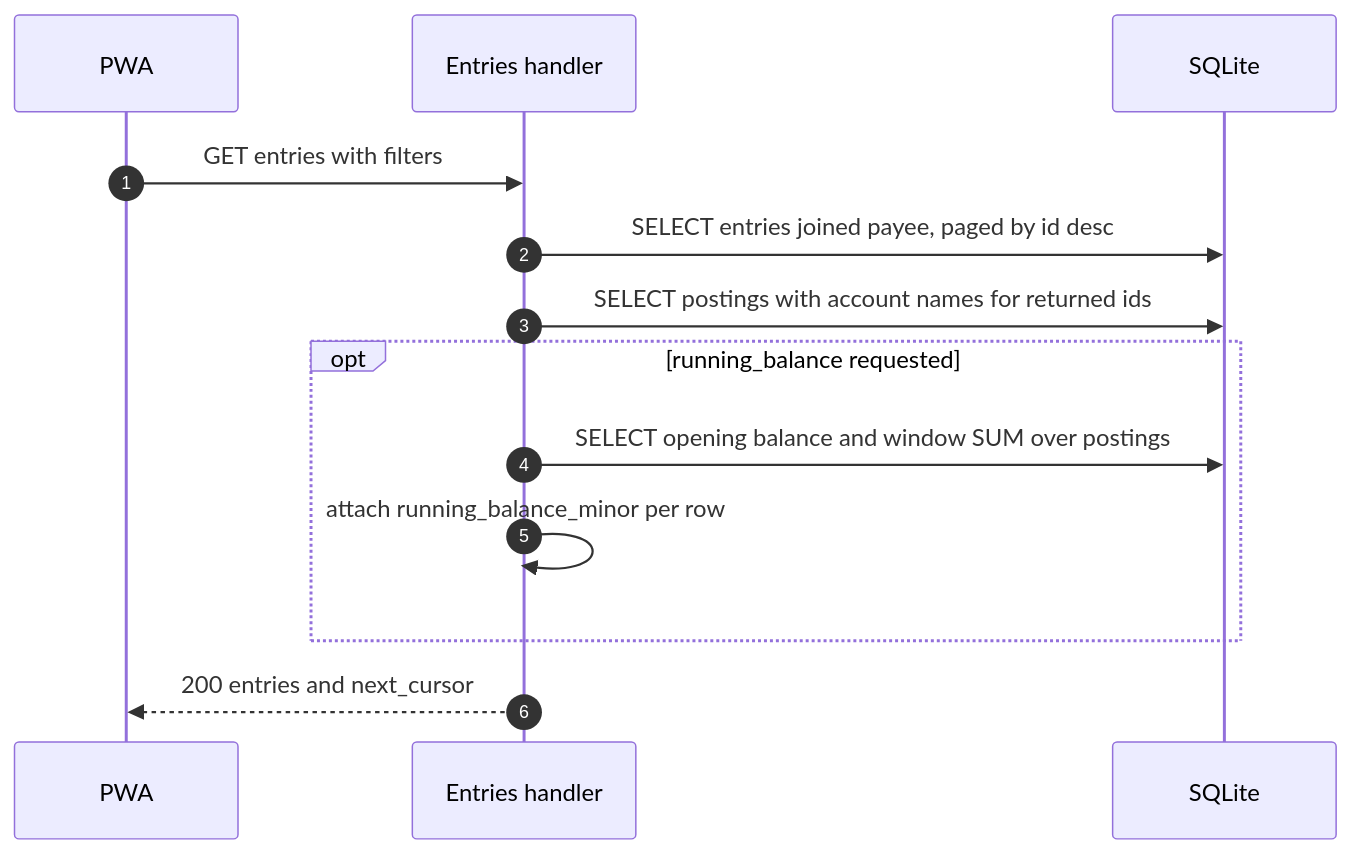
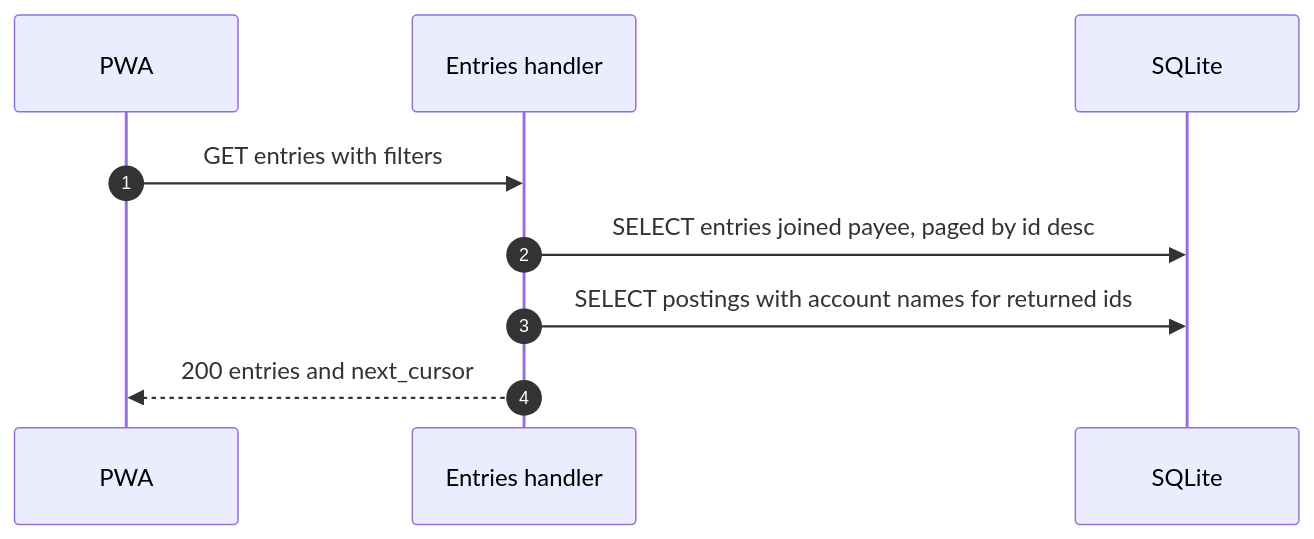
One commit to dimasbaguspm/spenicle changed the eighth of 20 diagrams in docs/v2-api.md. Above: the diagram before and after it, drawn with Mermaid. The commit also changed other lines of this file and 26 other files, not shown here.

````diff
--- a/docs/v2-api.md
+++ b/docs/v2-api.md
@@ -657,15 +663,11 @@
 ```mermaid
 sequenceDiagram
     autonumber
     participant UI as PWA
     participant API as Entries handler
     participant DB as SQLite
     UI->>API: GET entries with filters
     API->>DB: SELECT entries joined payee, paged by id desc
     API->>DB: SELECT postings with account names for returned ids
-    opt running_balance requested
-        API->>DB: SELECT opening balance and window SUM over postings
-        API->>API: attach running_balance_minor per row
-    end
     API-->>UI: 200 entries and next_cursor
 ```
````
